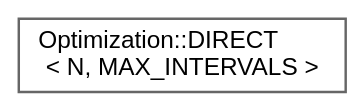
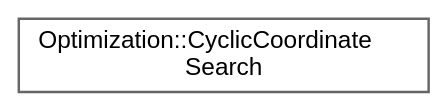
Before and after one commit to jswoo0615/Algorithms_for_Optimization_cpp: the diagram in inherit_graph_7.dot, drawn with Graphviz. The commit also changed 71 other files, not shown here.

```diff
--- a/inherit_graph_7.dot
+++ b/inherit_graph_7.dot
@@ -1,9 +1,9 @@
 digraph "Graphical Class Hierarchy"
 {
  // LATEX_PDF_SIZE
   bgcolor="transparent";
   edge [fontname=Helvetica,fontsize=10,labelfontname=Helvetica,labelfontsize=10];
   node [fontname=Helvetica,fontsize=10,shape=box,height=0.2,width=0.4];
   rankdir="LR";
-  Node0 [id="Node000000",label="Optimization::DIRECT\l\< N, MAX_INTERVALS \>",height=0.2,width=0.4,color="grey40", fillcolor="white", style="filled",URL="$classOptimization_1_1DIRECT.html",tooltip="Divided Rectangle (DIRECT) 전역 최적화 알고리즘"];
+  Node0 [id="Node000000",label="Optimization::CyclicCoordinate\lSearch",height=0.2,width=0.4,color="grey40", fillcolor="white", style="filled",URL="$classOptimization_1_1CyclicCoordinateSearch.html",tooltip="Cyclic Coordinate Search (순환 좌표 탐색) 알고리즘"];
 }
```
